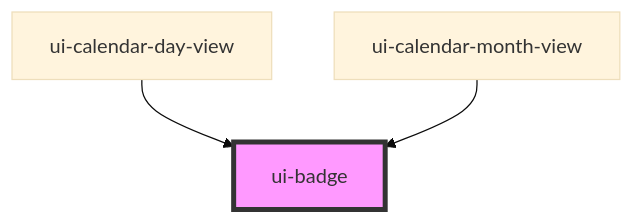
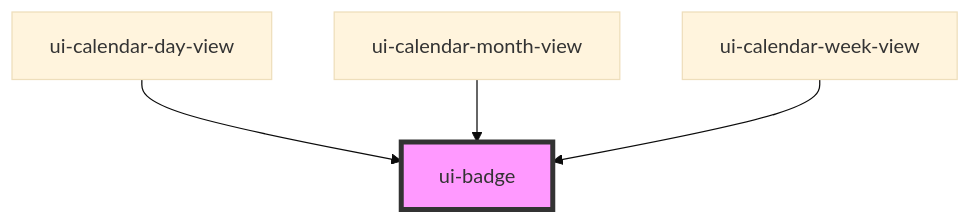
The diagram in packages/design-system/src/components/ui-badge/readme.md (danieluxury88/UI-Platform), drawn with Mermaid (base theme) before and after one commit. The commit also changed other lines of this file and 20 other files, not shown here.

Commit message:
feat: add calendar week view and repo onboarding setup

````diff
--- a/packages/design-system/src/components/ui-badge/readme.md
+++ b/packages/design-system/src/components/ui-badge/readme.md
@@ -23,6 +24,7 @@
 ```mermaid
 graph TD;
   ui-calendar-day-view --> ui-badge
   ui-calendar-month-view --> ui-badge
+  ui-calendar-week-view --> ui-badge
   style ui-badge fill:#f9f,stroke:#333,stroke-width:4px
 ```
````
